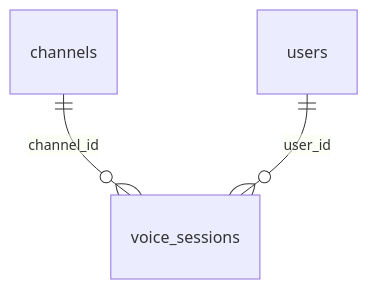
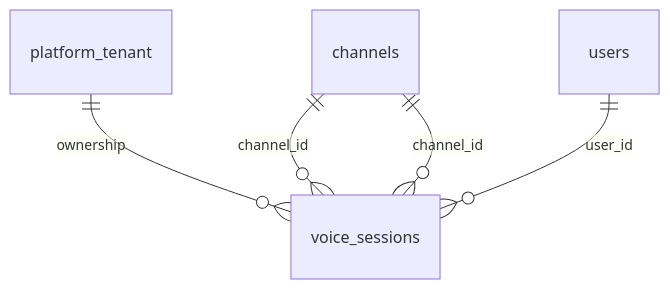
Before and after one commit to nguyennanganhdev/AI-Workforce-Platform: the eighth of 41 diagrams in docs/erd/physical/PROJECT_RELATIONSHIPS.md, drawn with Mermaid. The commit also changed other lines of this file and 146 other files, not shown here.

Commit message:
feat(db): consolidate P0 database schema and documentation

````diff
--- a/docs/erd/physical/PROJECT_RELATIONSHIPS.md
+++ b/docs/erd/physical/PROJECT_RELATIONSHIPS.md
@@ -128,6 +187,8 @@
 ```mermaid
 erDiagram
   voice_sessions
+  platform_tenant ||--o{ voice_sessions : "ownership"
   channels ||--o{ voice_sessions : "channel_id"
   users ||--o{ voice_sessions : "user_id"
+  channels ||--o{ voice_sessions : "channel_id"
 ```
````
